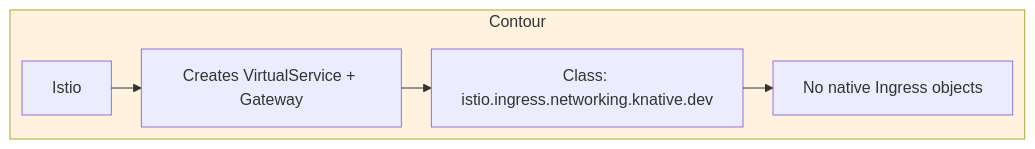
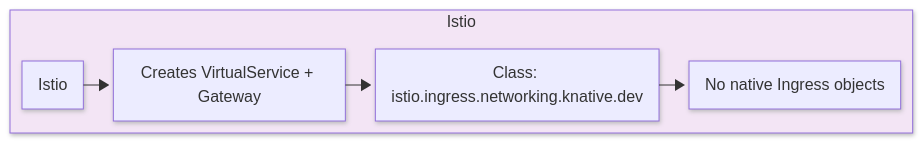
The third of 4 diagrams in docs/versioned/serving/config-network-adapters.md (knative/docs), drawn with Mermaid before and after one commit. The commit also changed other lines of this file, not shown here.

Commit message:
Update config-network-adapters.md
mermaid work

````diff
--- a/docs/versioned/serving/config-network-adapters.md
+++ b/docs/versioned/serving/config-network-adapters.md
@@ -74,14 +76,15 @@
     ```mermaid
     ---
     config:
       theme: default
       layout: elk
+      look: neo
     ---
     flowchart LR
-    subgraph Contour
+    subgraph Istio
           I1[Istio] --> I2[Creates VirtualService + Gateway]
           I2 --> I3[Class: istio.ingress.networking.knative.dev]
           I3 --> I4[No native Ingress objects]
     end
-    style Contour fill:#fff3e0
+    style Istio fill:#f3e5f5
     ```
````
